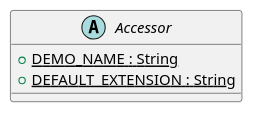
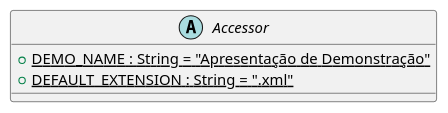
Before and after one commit to gabrielrtlima/diagramas-padroes-projeto: the diagram in classes/Accessor.puml, drawn with PlantUML. The commit also changed 11 other files, not shown here.

```diff
--- a/classes/Accessor.puml
+++ b/classes/Accessor.puml
@@ -1,10 +1,10 @@
 @startuml Accessor
 
 abstract class Accessor {
 
-  + {static} DEMO_NAME : String
-  + {static} DEFAULT_EXTENSION : String
+  + {static} DEMO_NAME : String = "Apresentação de Demonstração"
+  + {static} DEFAULT_EXTENSION : String = ".xml"
 
 }
 
 @enduml
```
